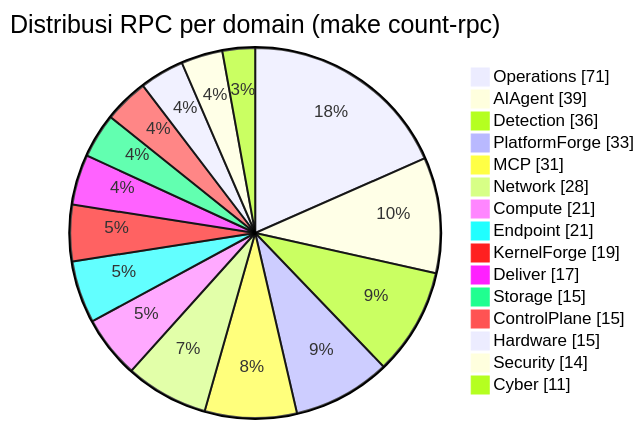
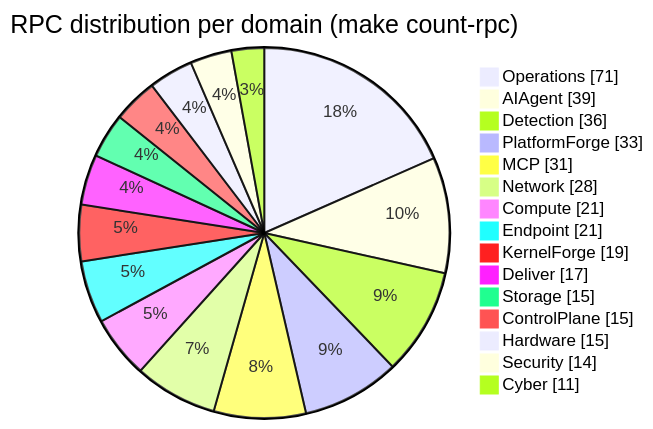
The second of 7 diagrams in src/content/portfolio/pieroloka-golang.mdx (renaldyhidayatt/renaldyhidayatt.github.io), drawn with Mermaid before and after one commit. The commit also changed other lines of this file and 97 other files, not shown here.

````diff
--- a/src/content/portfolio/pieroloka-golang.mdx
+++ b/src/content/portfolio/pieroloka-golang.mdx
@@ -187,18 +188,18 @@
 ```mermaid
-pie showData title Distribusi RPC per domain (make count-rpc)
+pie showData title RPC distribution per domain (make count-rpc)
     "Operations" : 71
     "AIAgent" : 39
     "Detection" : 36
     "PlatformForge" : 33
     "MCP" : 31
     "Network" : 28
     "Compute" : 21
     "Endpoint" : 21
     "KernelForge" : 19
     "Deliver" : 17
     "Storage" : 15
     "ControlPlane" : 15
     "Hardware" : 15
     "Security" : 14
     "Cyber" : 11
 ```
````
